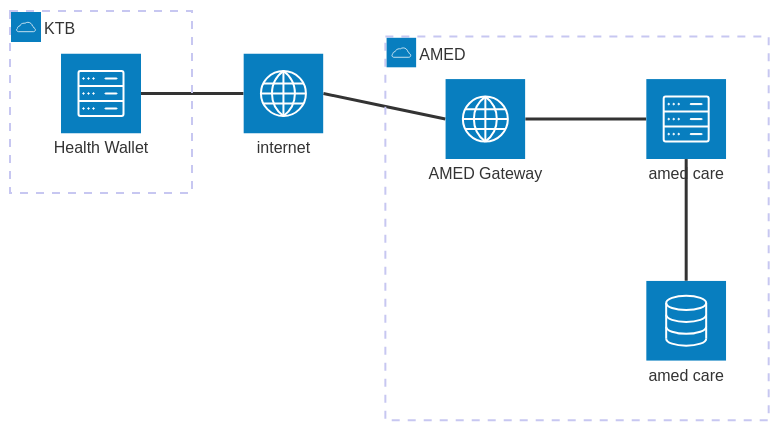
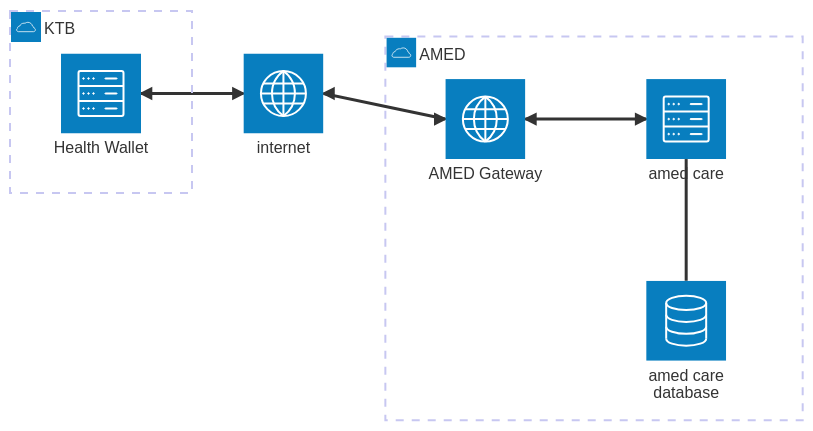
One commit to lionants02/public changed the first of 6 diagrams in ktb-amed/README.md. Above: the diagram before and after it, drawn with Mermaid. The commit also changed other lines of this file, not shown here.

````diff
--- a/ktb-amed/README.md
+++ b/ktb-amed/README.md
@@ -8,23 +15,17 @@
 ```mermaid
 architecture-beta
     group ktb(cloud)[KTB]
         service hw(server)[Health Wallet] in ktb
 
     group amed(cloud)[AMED]
         service amed_gw(internet)[AMED Gateway] in amed
         service amed_system(server)[amed care] in amed
-        service amed_db(database)[amed care] in amed
-
-        amed_db:T -- B:amed_system
-        amed_system:L -- R:amed_gw
+        service amed_db(database)[amed care database] in amed
+            amed_db:T -- B:amed_system
+            amed_system:L <--> R:amed_gw
 
     service gb(internet)[internet]
 
-    hw:R -- L:gb
-    gb:R -- L:amed_gw
-
-
-
-
-
+    hw:R <--> L:gb
+    gb:R <--> L:amed_gw
 ```
````
